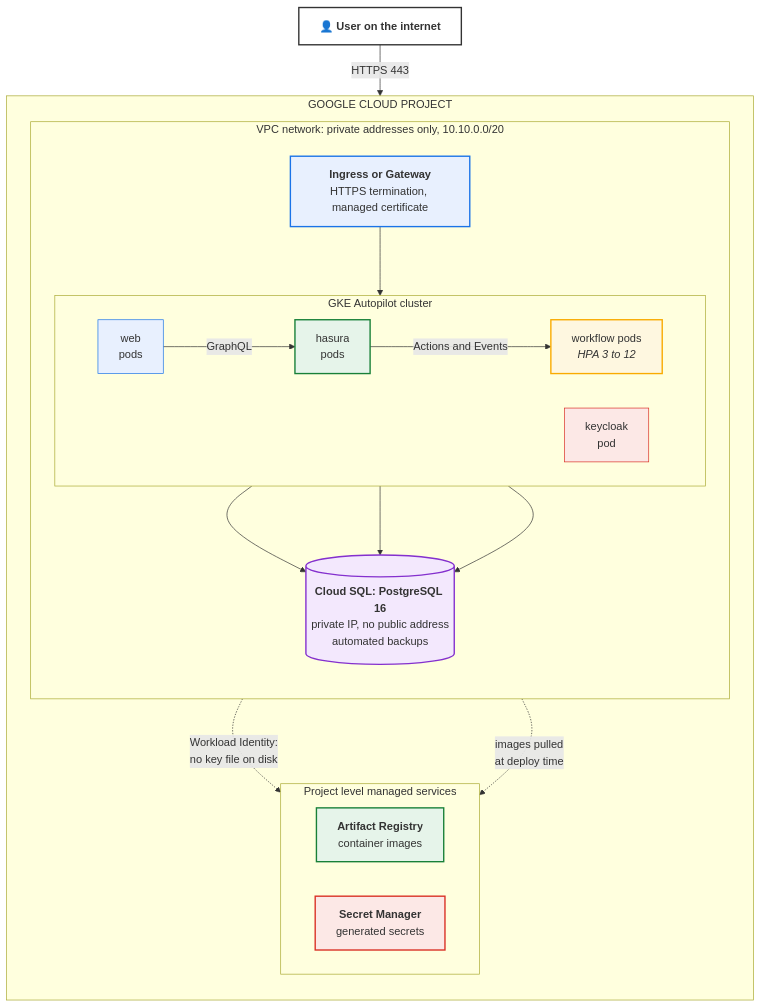
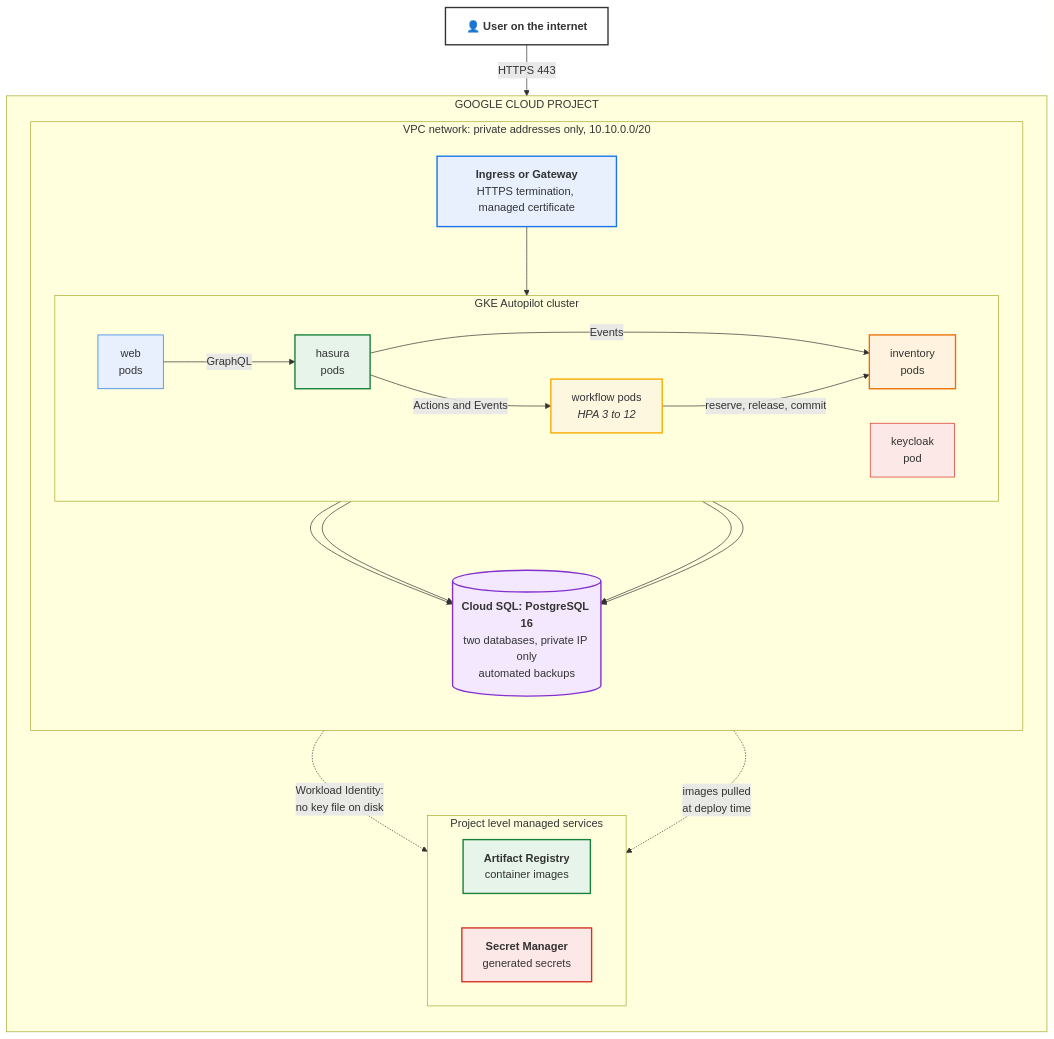
Diagram 14 of 16 in docs/ARCHITECTURE.md (harishbala1o/ecommerce-orderflow), drawn with Mermaid before and after one commit. The commit also changed other lines of this file and 12 other files, not shown here.

````diff
--- a/docs/ARCHITECTURE.md
+++ b/docs/ARCHITECTURE.md
@@ -817,49 +997,54 @@
 ```mermaid
 flowchart TB
     USER["👤 <b>User on the internet</b>"]
 
     subgraph GCP["GOOGLE CLOUD PROJECT"]
         direction TB
 
         subgraph PRIV["VPC network: private addresses only, 10.10.0.0/20"]
             direction TB
             ING["<b>Ingress or Gateway</b><br/>HTTPS termination, managed certificate"]
 
             subgraph PODS["GKE Autopilot cluster"]
                 direction LR
                 PW["web<br/>pods"]
                 PH["hasura<br/>pods"]
                 PF["workflow pods<br/><i>HPA 3 to 12</i>"]
+                PI["inventory<br/>pods"]
                 PK["keycloak<br/>pod"]
             end
 
-            CSQL[("<b>Cloud SQL: PostgreSQL 16</b><br/>private IP, no public address<br/>automated backups")]
+            CSQL[("<b>Cloud SQL: PostgreSQL 16</b><br/>two databases, private IP only<br/>automated backups")]
         end
 
         subgraph SVCS["Project level managed services"]
             direction LR
             AR["<b>Artifact Registry</b><br/>container images"]
             SM["<b>Secret Manager</b><br/>generated secrets"]
         end
     end
 
     USER -->|"HTTPS 443"| ING
     ING --> PW
     PW -->|"GraphQL"| PH
     PH -->|"Actions and Events"| PF
+    PH -->|"Events"| PI
+    PF -->|"reserve, release, commit"| PI
     PH --> CSQL
     PF --> CSQL
+    PI --> CSQL
     PK --> CSQL
     PODS -.->|"images pulled<br/>at deploy time"| AR
     PF -.->|"Workload Identity:<br/>no key file on disk"| SM
 
     style USER fill:#ffffff,stroke:#333,stroke-width:2px
     style ING fill:#e8f0fe,stroke:#1a73e8,stroke-width:2px
     style PW fill:#e8f0fe,stroke:#1a73e8
     style PH fill:#e6f4ea,stroke:#188038,stroke-width:2px
     style PF fill:#fef7e0,stroke:#f9ab00,stroke-width:2px
+    style PI fill:#fff3e0,stroke:#e8710a,stroke-width:2px
     style PK fill:#fce8e6,stroke:#d93025
     style CSQL fill:#f3e8fd,stroke:#8430ce,stroke-width:2px
     style SM fill:#fce8e6,stroke:#d93025,stroke-width:2px
     style AR fill:#e6f4ea,stroke:#188038,stroke-width:2px
 ```
````
